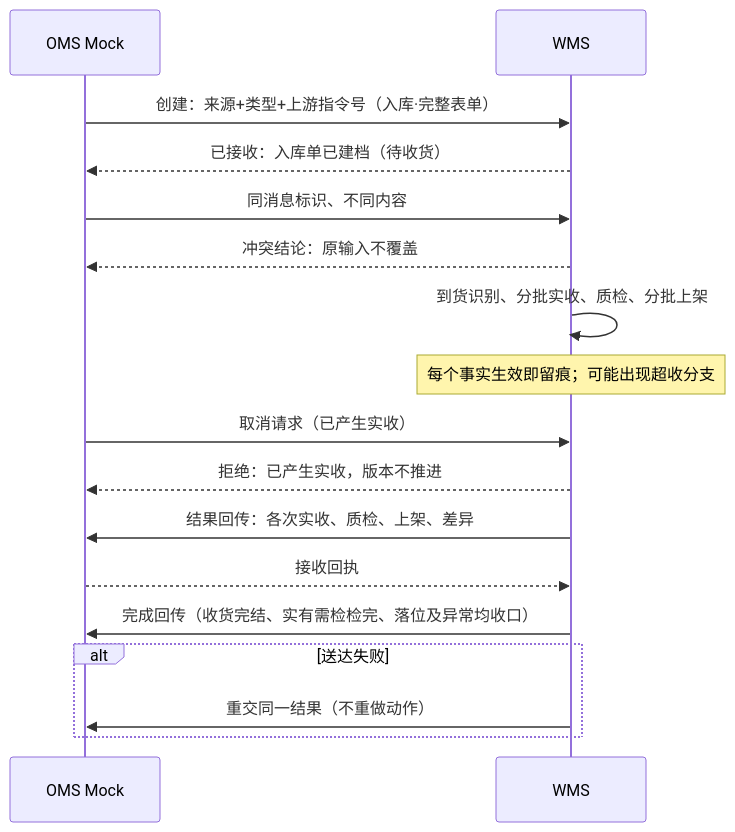
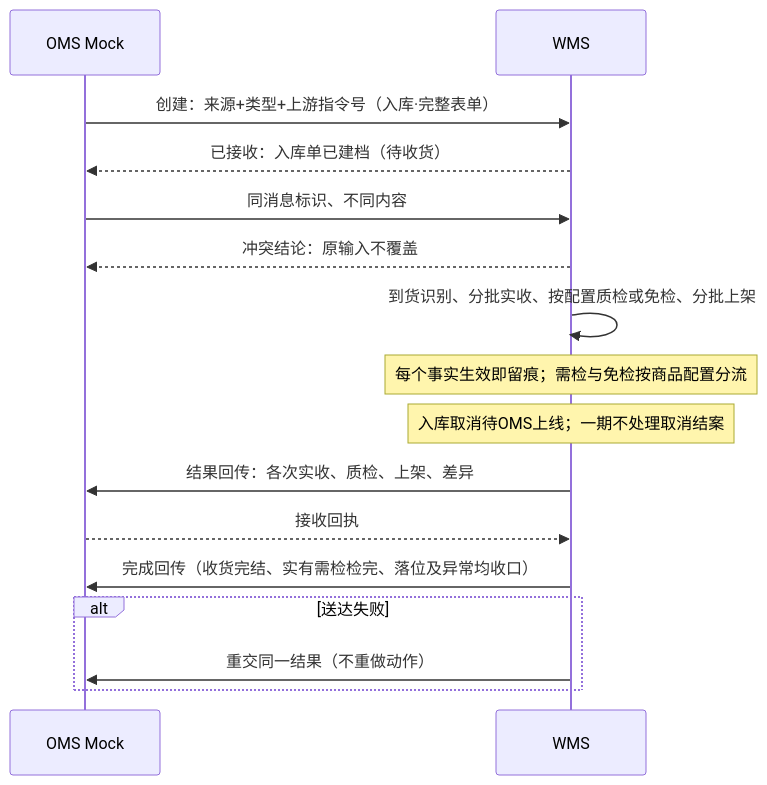
The first of 2 diagrams in 05-应用设计方案/20261002-MVP版本/系统架构设计/06-接口与OMS Mock消息设计.md (TopVitamin/QS-WMS-Project), drawn with Mermaid before and after one commit. The commit also changed other lines of this file and 63 other files, not shown here.

````diff
--- a/05-应用设计方案/20261002-MVP版本/系统架构设计/06-接口与OMS Mock消息设计.md
+++ b/05-应用设计方案/20261002-MVP版本/系统架构设计/06-接口与OMS Mock消息设计.md
@@ -79,19 +81,18 @@
 ```mermaid
 sequenceDiagram
     participant M as OMS Mock
     participant W as WMS
     M->>W: 创建：来源+类型+上游指令号（入库·完整表单）
     W-->>M: 已接收：入库单已建档（待收货）
     M->>W: 同消息标识、不同内容
     W-->>M: 冲突结论：原输入不覆盖
-    W->>W: 到货识别、分批实收、质检、分批上架
-    Note over W: 每个事实生效即留痕；可能出现超收分支
-    M->>W: 取消请求（已产生实收）
-    W-->>M: 拒绝：已产生实收，版本不推进
+    W->>W: 到货识别、分批实收、按配置质检或免检、分批上架
+    Note over W: 每个事实生效即留痕；需检与免检按商品配置分流
+    Note over W: 入库取消待OMS上线；一期不处理取消结案
     W->>M: 结果回传：各次实收、质检、上架、差异
     M-->>W: 接收回执
     W->>M: 完成回传（收货完结、实有需检检完、落位及异常均收口）
     alt 送达失败
         W->>M: 重交同一结果（不重做动作）
     end
 ```
````
